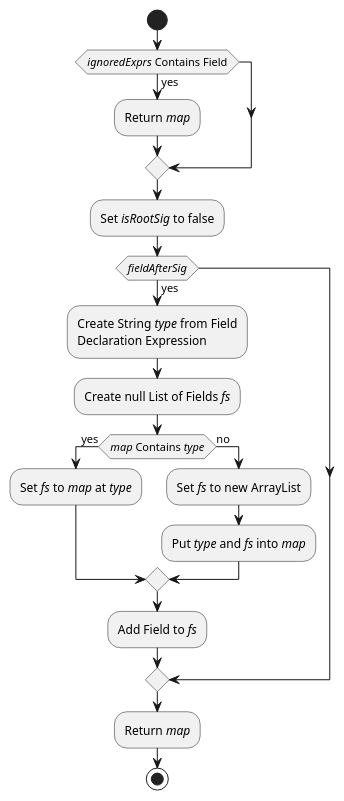
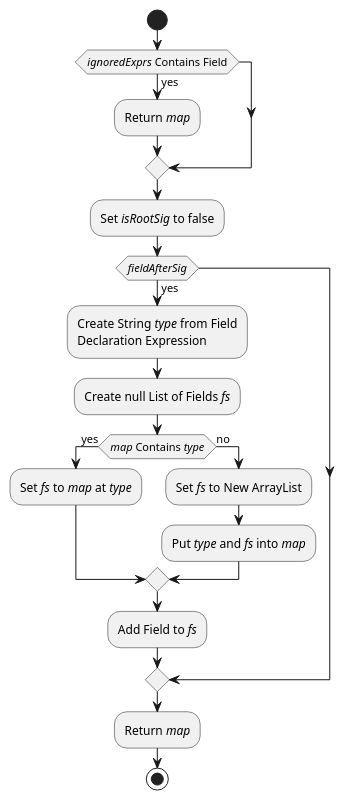
The diagram in edu/gatech/gtri/obm/translator/alloy/fromxmi/doc-files/ExprVisitor_sortFields.puml (ontological-behavior-modeling/tester), drawn with PlantUML before and after one commit. The commit also changed 77 other files, not shown here.

```diff
--- a/edu/gatech/gtri/obm/translator/alloy/fromxmi/doc-files/ExprVisitor_sortFields.puml
+++ b/edu/gatech/gtri/obm/translator/alloy/fromxmi/doc-files/ExprVisitor_sortFields.puml
@@ -1,23 +1,22 @@
 @startuml
 start
 if(//ignoredExprs// Contains Field) then (yes)
 :Return //map//;
 endif
 :Set //isRootSig// to false;
 if(//fieldAfterSig//) then (yes)
 :Create String //type// from Field
 Declaration Expression;
 :Create null List of Fields //fs//;
 if(//map// Contains //type//) then (yes)
 :Set //fs// to //map// at //type//;
 else(no)
-:Set //fs// to new ArrayList;
+:Set //fs// to New ArrayList;
 :Put //type// and //fs// into //map//;
 endif
 :Add Field to //fs//;
 endif
 :Return //map//;
 
 stop
-
 @enduml
```
